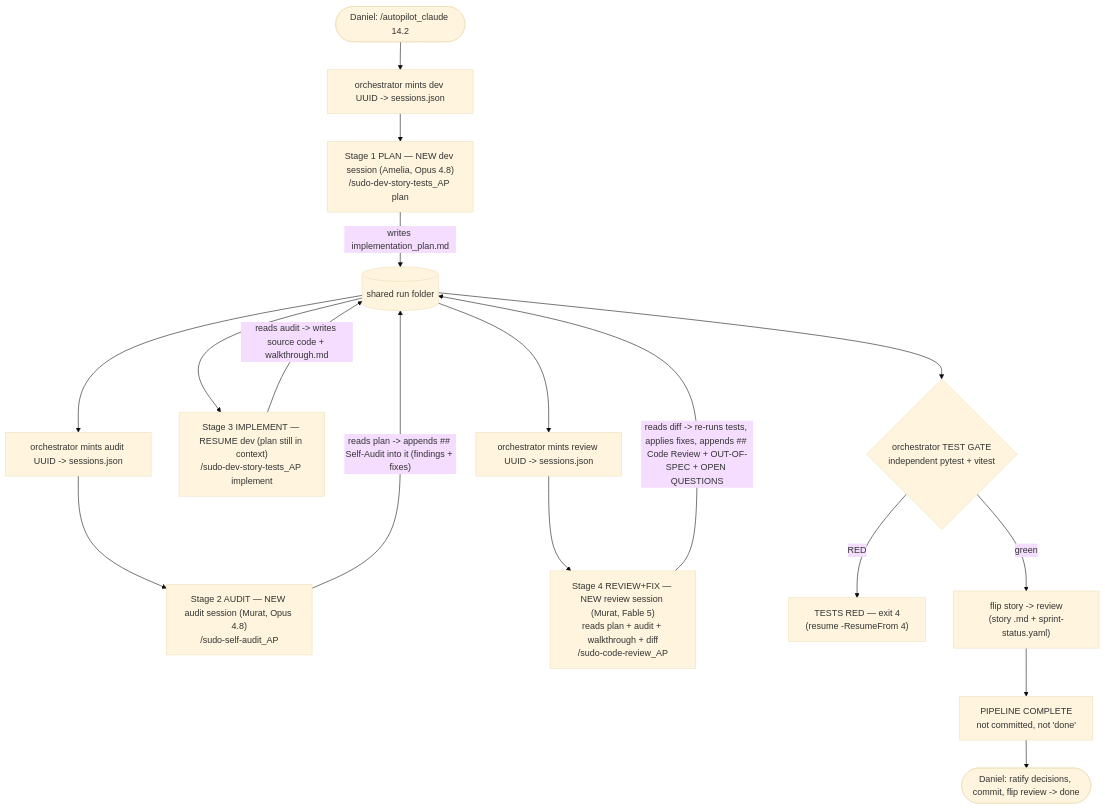
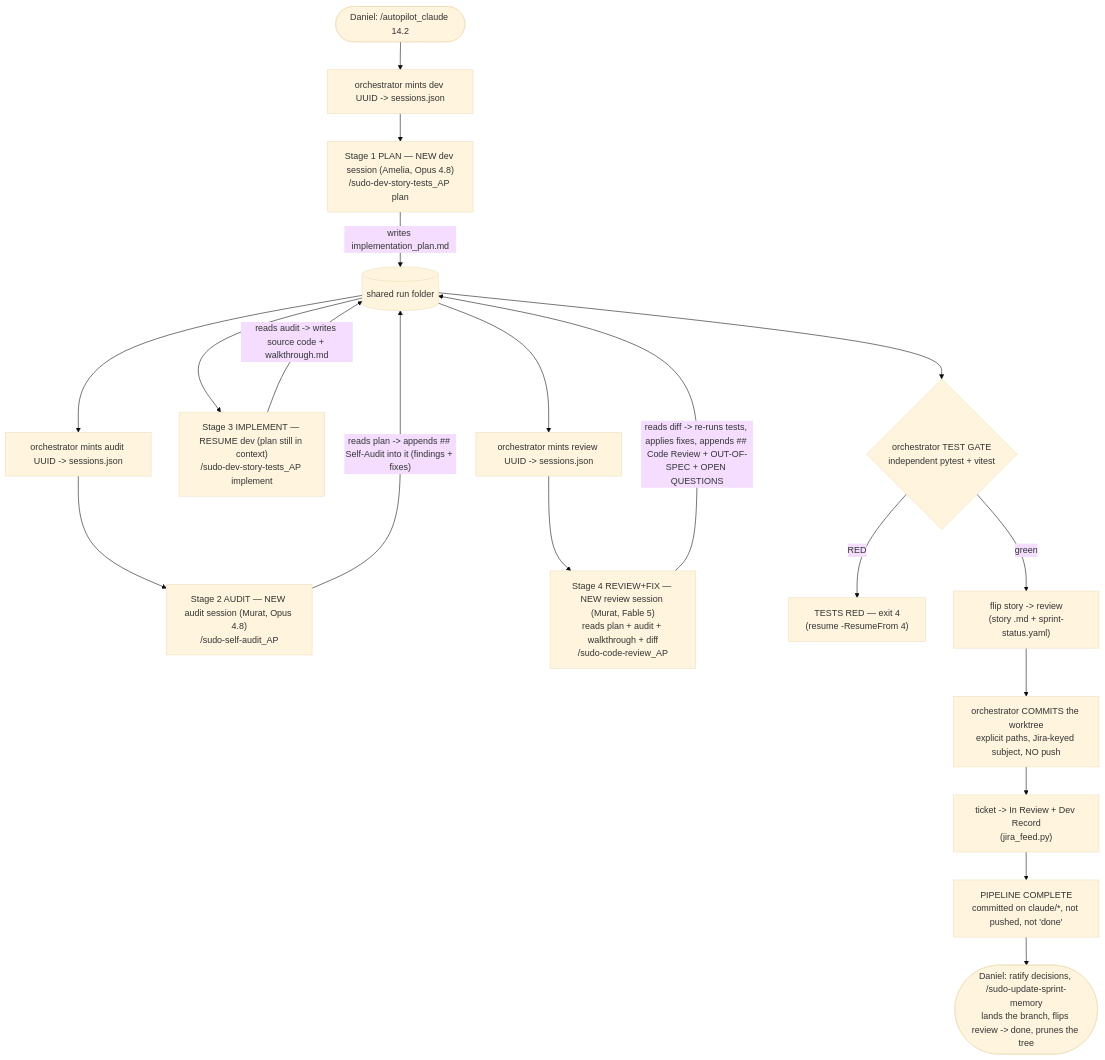
One commit to sudomadhatter/Sudo_Hatter_Command changed the first of 4 diagrams in .agents/reference/autopilot_bmad_dev_loop.md. Above: the diagram before and after it, drawn with Mermaid (base theme). The commit also changed other lines of this file and 7 other files, not shown here.

````diff
--- a/.agents/reference/autopilot_bmad_dev_loop.md
+++ b/.agents/reference/autopilot_bmad_dev_loop.md
@@ -61,19 +67,21 @@
 ```mermaid
 flowchart TD
     D(["Daniel: /autopilot_claude 14.2"]) --> M1["orchestrator mints dev UUID -> sessions.json"]
     M1 --> S1["Stage 1 PLAN — NEW dev session (Amelia, Opus 4.8)<br/>/sudo-dev-story-tests_AP plan"]
     S1 -->|"writes implementation_plan.md"| F[("shared run folder")]
     F --> M2["orchestrator mints audit UUID -> sessions.json"]
     M2 --> S2["Stage 2 AUDIT — NEW audit session (Murat, Opus 4.8)<br/>/sudo-self-audit_AP"]
     S2 -->|"reads plan -> appends ## Self-Audit into it (findings + fixes)"| F
     F --> S3["Stage 3 IMPLEMENT — RESUME dev (plan still in context)<br/>/sudo-dev-story-tests_AP implement"]
     S3 -->|"reads audit -> writes source code + walkthrough.md"| F
     F --> M3["orchestrator mints review UUID -> sessions.json"]
     M3 --> S4["Stage 4 REVIEW+FIX — NEW review session (Murat, Fable 5)<br/>reads plan + audit + walkthrough + diff<br/>/sudo-code-review_AP"]
     S4 -->|"reads diff -> re-runs tests, applies fixes, appends ## Code Review + OUT-OF-SPEC + OPEN QUESTIONS"| F
     F --> G{"orchestrator TEST GATE<br/>independent pytest + vitest"}
     G -->|"RED"| RED["TESTS RED — exit 4<br/>(resume -ResumeFrom 4)"]
     G -->|"green"| RV["flip story -> review<br/>(story .md + sprint-status.yaml)"]
-    RV --> DONE["PIPELINE COMPLETE<br/>not committed, not 'done'"]
-    DONE --> D2(["Daniel: ratify decisions, commit, flip review -> done"])
+    RV --> CM["orchestrator COMMITS the worktree<br/>explicit paths, Jira-keyed subject, NO push"]
+    CM --> JR["ticket -> In Review + Dev Record<br/>(jira_feed.py)"]
+    JR --> DONE["PIPELINE COMPLETE<br/>committed on claude/*, not pushed, not 'done'"]
+    DONE --> D2(["Daniel: ratify decisions, /sudo-update-sprint-memory<br/>lands the branch, flips review -> done, prunes the tree"])
 ```
````
